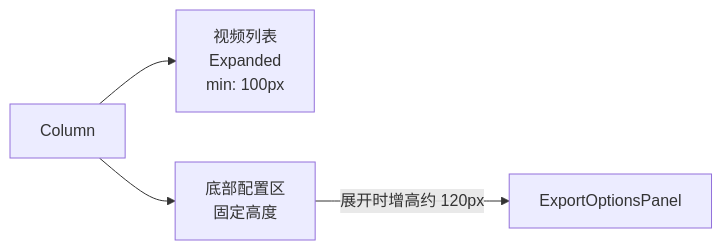
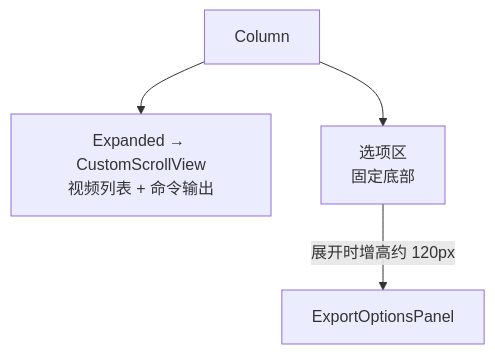
One commit to AoEiuV020/video_concat changed the second of 3 diagrams in md/规划/通用/导出选项设计.md. Above: the diagram before and after it, drawn with Mermaid. The commit also changed other lines of this file and 5 other files, not shown here.

````diff
--- a/md/规划/通用/导出选项设计.md
+++ b/md/规划/通用/导出选项设计.md
@@ -72,6 +79,6 @@
 ```mermaid
-flowchart LR
-    COL[Column] --> VL["视频列表<br/>Expanded<br/>min: 100px"]
-    COL --> BC["底部配置区<br/>固定高度"]
-    BC -->|展开时增高约 120px| EOP[ExportOptionsPanel]
+flowchart TD
+    COL[Column] --> EXP["Expanded → CustomScrollView<br/>视频列表 + 命令输出"]
+    COL --> OPT["选项区<br/>固定底部"]
+    OPT -->|展开时增高约 120px| EOP[ExportOptionsPanel]
 ```
````
